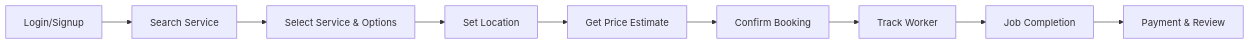
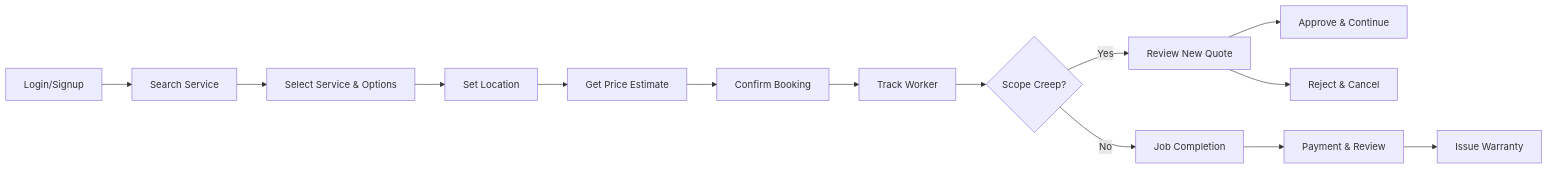
One commit to Somilg11/oddigo-v2 changed the third of 5 diagrams in docs_detailed_flows/detailed/HLD.md. Above: the diagram before and after it, drawn with Mermaid. The commit also changed other lines of this file and 4 other files, not shown here.

````diff
--- a/docs_detailed_flows/detailed/HLD.md
+++ b/docs_detailed_flows/detailed/HLD.md
@@ -82,11 +86,18 @@
 ```mermaid
 graph LR
     Login[Login/Signup] --> Search[Search Service]
     Search --> Select[Select Service & Options]
     Select --> Location[Set Location]
     Location --> Estimate[Get Price Estimate]
     Estimate --> Book[Confirm Booking]
     Book --> track[Track Worker]
-    track --> Complete[Job Completion]
+    track --> ScopeCheck{Scope Creep?}
+    
+    ScopeCheck -- Yes --> ReviewQuote[Review New Quote]
+    ReviewQuote --> ApproveQuote[Approve & Continue]
+    ReviewQuote --> RejectQuote[Reject & Cancel]
+    ScopeCheck -- No --> Complete[Job Completion]
+    
     Complete --> Pay[Payment & Review]
+    Pay --> Warranty[Issue Warranty]
 ```
````
